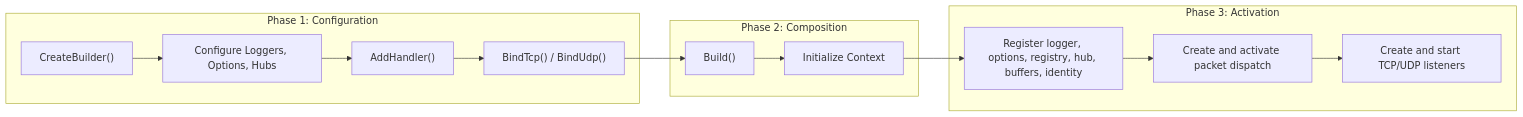
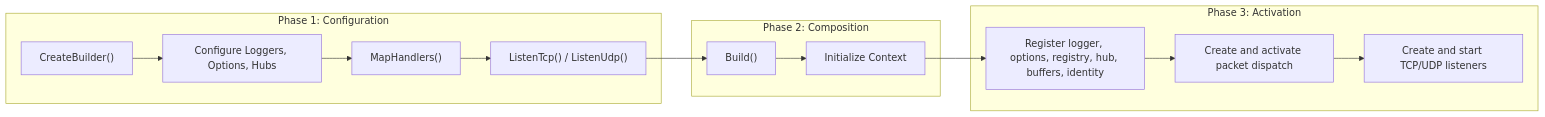
The diagram in docs/api/hosting/network-application.md (ppn-systems/Nalix), drawn with Mermaid before and after one commit. The commit also changed other lines of this file and 165 other files, not shown here.

````diff
--- a/docs/api/hosting/network-application.md
+++ b/docs/api/hosting/network-application.md
@@ -27,19 +27,19 @@
 ```mermaid
 graph LR
     subgraph Configuration ["Phase 1: Configuration"]
         Create["CreateBuilder()"] --> Config["Configure Loggers, Options, Hubs"]
-        Config --> Discover["AddHandler()"]
-        Discover --> Bind["BindTcp() / BindUdp()"]
+        Config --> Discover["MapHandlers()"]
+        Discover --> Bind["ListenTcp() / ListenUdp()"]
     end
 
     subgraph Composition ["Phase 2: Composition"]
         Bind --> Build["Build()"]
         Build --> Prep["Initialize Context"]
     end
 
     subgraph Activation ["Phase 3: Activation"]
         Prep --> Services["Register logger, options, registry, hub, buffers, identity"]
         Services --> Dispatch["Create and activate packet dispatch"]
         Dispatch --> Listeners["Create and start TCP/UDP listeners"]
     end
 ```
````
